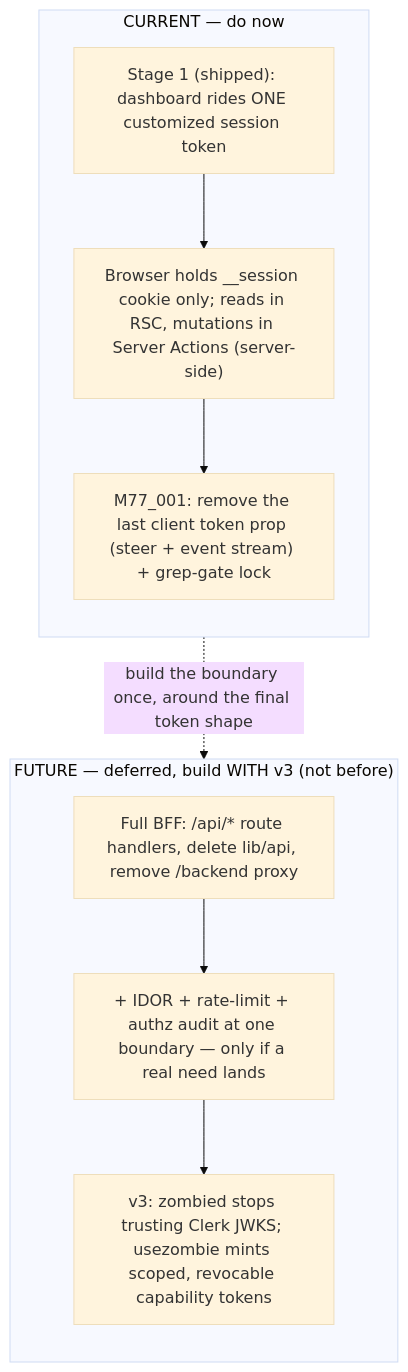
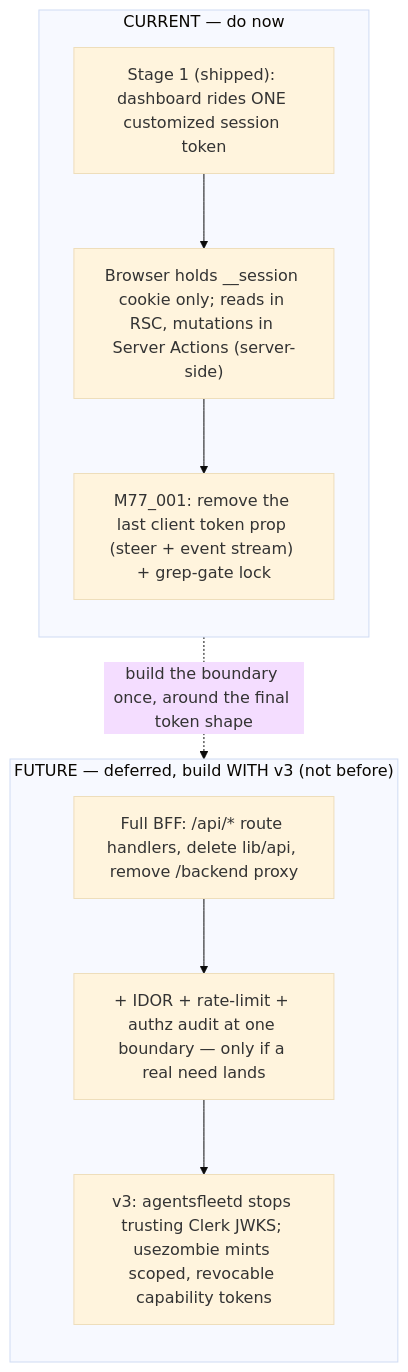
One commit to usezombie/usezombie changed the seventh of 9 diagrams in docs/AUTH.md. Above: the diagram before and after it, drawn with Mermaid (base theme). The commit also changed other lines of this file and 1026 other files, not shown here.

````diff
--- a/docs/AUTH.md
+++ b/docs/AUTH.md
@@ -470,18 +470,18 @@
 ```mermaid
 flowchart TB
     subgraph NOW["CURRENT — do now"]
         direction TB
         C1["Stage 1 (shipped): dashboard rides ONE customized session token"]
         C2["Browser holds __session cookie only; reads in RSC, mutations in Server Actions (server-side)"]
         C3["M77_001: remove the last client token prop (steer + event stream) + grep-gate lock"]
         C1 --> C2 --> C3
     end
     subgraph FUT["FUTURE — deferred, build WITH v3 (not before)"]
         direction TB
         F1["Full BFF: /api/* route handlers, delete lib/api, remove /backend proxy"]
         F2["+ IDOR + rate-limit + authz audit at one boundary — only if a real need lands"]
-        F3["v3: zombied stops trusting Clerk JWKS; usezombie mints scoped, revocable capability tokens"]
+        F3["v3: agentsfleetd stops trusting Clerk JWKS; usezombie mints scoped, revocable capability tokens"]
         F1 --> F2 --> F3
     end
     C3 -.->|"build the boundary once, around the final token shape"| F1
 ```
````
